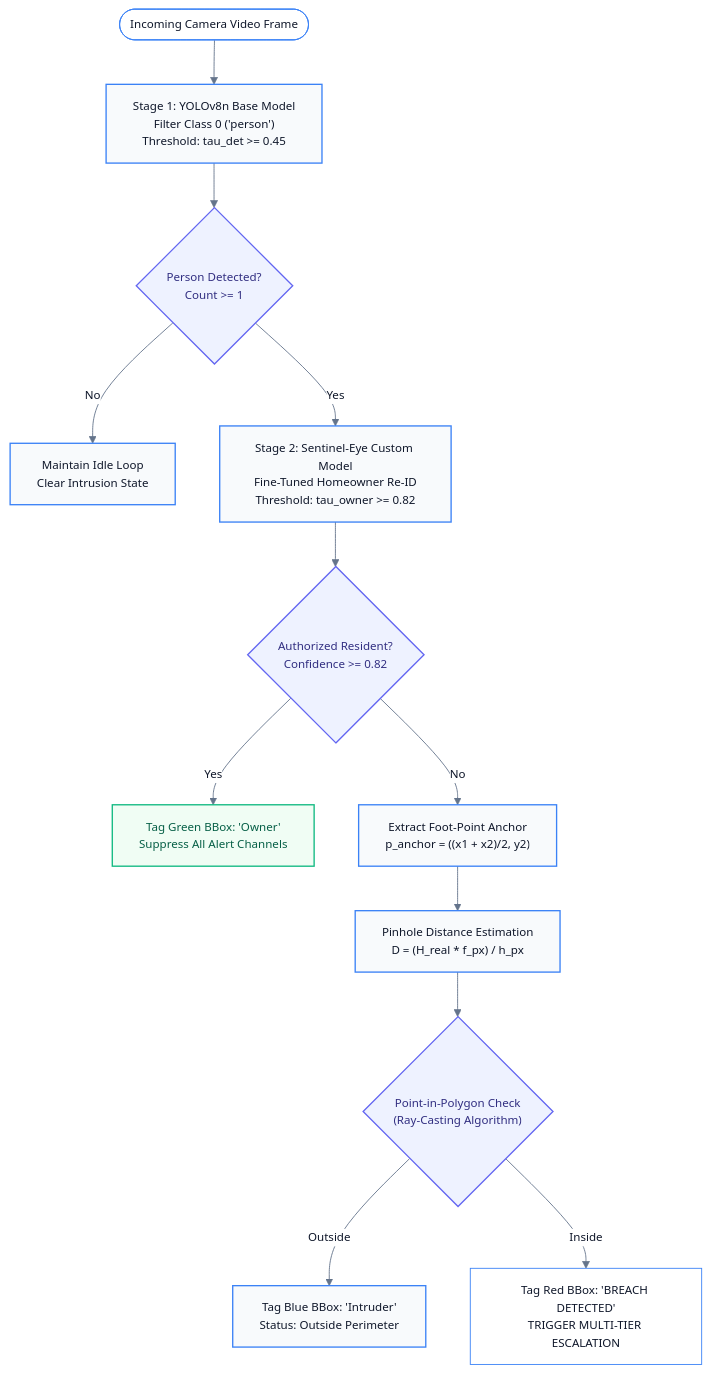
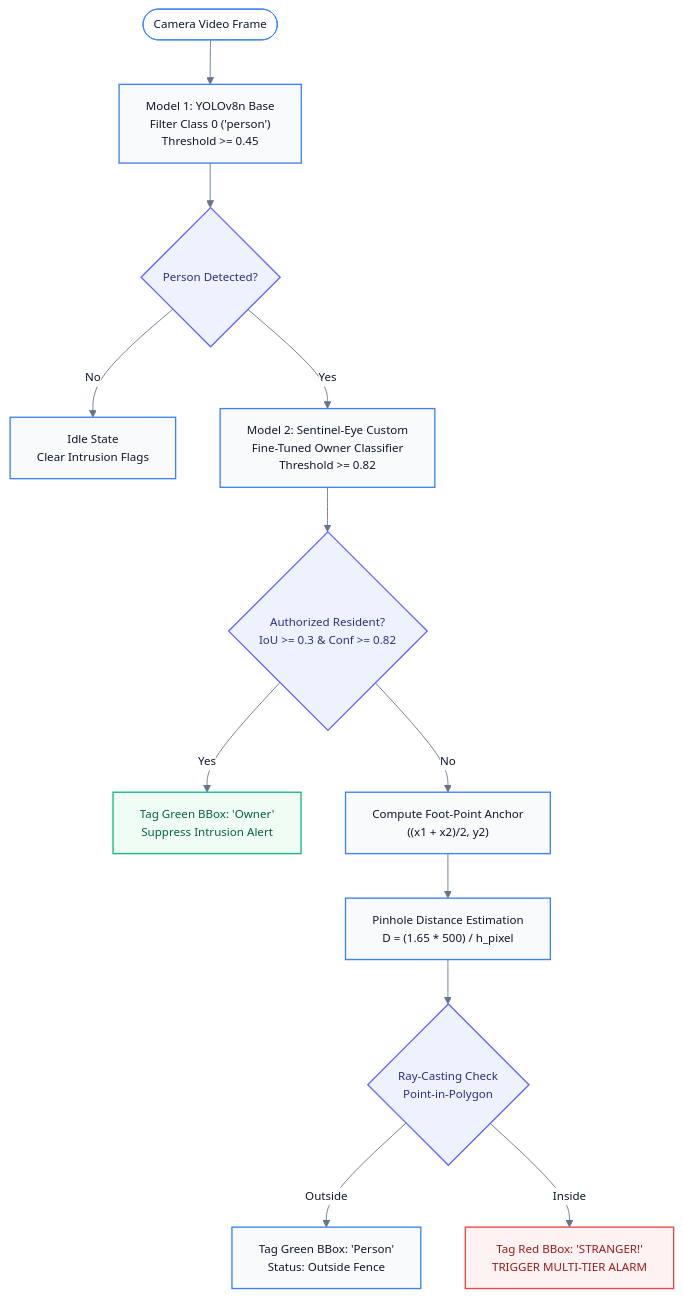
Before and after one commit to Cheesenoice/IoT-EdgeAI-Intrusion-Detection: the second of 2 diagrams in README.md, drawn with Mermaid. The commit also changed other lines of this file, not shown here.

````diff
--- a/README.md
+++ b/README.md
@@ -254,42 +223,43 @@
 ```mermaid
 %%{init: {
   'theme': 'base',
   'themeVariables': {
     'fontFamily': 'Segoe UI, Inter, -apple-system, sans-serif',
     'fontSize': '13px',
     'primaryColor': '#ffffff',
     'primaryTextColor': '#0f172a',
     'primaryBorderColor': '#3b82f6',
     'lineColor': '#64748b',
     'edgeLabelBackground': '#ffffff',
     'clusterBkg': '#ffffff',
     'clusterBorder': '#cbd5e1',
     'mainBkg': '#ffffff'
   }
 }}%%
 flowchart TD
-    FrameInput(["Incoming Camera Video Frame"]) --> YOLODetect["Stage 1: YOLOv8n Base Model<br/>Filter Class 0 ('person')<br/>Threshold: tau_det >= 0.45"]
+    FrameInput(["Camera Video Frame"]) --> YOLODetect["Model 1: YOLOv8n Base<br/>Filter Class 0 ('person')<br/>Threshold >= 0.45"]
     
-    YOLODetect --> HasPerson{"Person Detected?<br/>Count >= 1"}
-    HasPerson -- "No" --> IdleState["Maintain Idle Loop<br/>Clear Intrusion State"]
-    HasPerson -- "Yes" --> OwnerReID["Stage 2: Sentinel-Eye Custom Model<br/>Fine-Tuned Homeowner Re-ID<br/>Threshold: tau_owner >= 0.82"]
+    YOLODetect --> HasPerson{"Person Detected?"}
+    HasPerson -- "No" --> IdleState["Idle State<br/>Clear Intrusion Flags"]
+    HasPerson -- "Yes" --> OwnerReID["Model 2: Sentinel-Eye Custom<br/>Fine-Tuned Owner Classifier<br/>Threshold >= 0.82"]
     
-    OwnerReID --> IsOwner{"Authorized Resident?<br/>Confidence >= 0.82"}
-    IsOwner -- "Yes" --> FlagAuthorized["Tag Green BBox: 'Owner'<br/>Suppress All Alert Channels"]
-    IsOwner -- "No" --> CalcFoot["Extract Foot-Point Anchor<br/>p_anchor = ((x1 + x2)/2, y2)"]
+    OwnerReID --> IsOwner{"Authorized Resident?<br/>IoU >= 0.3 & Conf >= 0.82"}
+    IsOwner -- "Yes" --> FlagAuthorized["Tag Green BBox: 'Owner'<br/>Suppress Intrusion Alert"]
+    IsOwner -- "No" --> CalcFoot["Compute Foot-Point Anchor<br/>((x1 + x2)/2, y2)"]
     
-    CalcFoot --> CalcDist["Pinhole Distance Estimation<br/>D = (H_real * f_px) / h_px"]
-    CalcDist --> RayCastCheck{"Point-in-Polygon Check<br/>(Ray-Casting Algorithm)"}
+    CalcFoot --> CalcDist["Pinhole Distance Estimation<br/>D = (1.65 * 500) / h_pixel"]
+    CalcDist --> RayCastCheck{"Ray-Casting Check<br/>Point-in-Polygon"}
     
-    RayCastCheck -- "Outside" --> TrackTrajectory["Tag Blue BBox: 'Intruder'<br/>Status: Outside Perimeter"]
-    RayCastCheck -- "Inside" --> TriggerAlert["Tag Red BBox: 'BREACH DETECTED'<br/>TRIGGER MULTI-TIER ESCALATION"]
+    RayCastCheck -- "Outside" --> TrackSafe["Tag Green BBox: 'Person'<br/>Status: Outside Fence"]
+    RayCastCheck -- "Inside" --> TriggerAlert["Tag Red BBox: 'STRANGER!'<br/>TRIGGER MULTI-TIER ALARM"]
 
     classDef process fill:#f8fafc,stroke:#3b82f6,stroke-width:1.5px,color:#0f172a;
     classDef decision fill:#eef2ff,stroke:#6366f1,stroke-width:1.5px,color:#312e81;
     classDef safe fill:#f0fdf4,stroke:#10b981,stroke-width:1.5px,color:#065f46;
     classDef breach fill:#fef2f2,stroke:#ef4444,stroke-width:1.5px,color:#991b1b;
 
-    class YOLODetect,OwnerReID,CalcFoot,CalcDist,IdleState,TrackTrajectory process;
+    class YOLODetect,OwnerReID,CalcFoot,CalcDist,IdleState,TrackSafe process;
     class HasPerson,IsOwner,RayCastCheck decision;
     class FlagAuthorized safe;
+    class TriggerAlert breach;
 ```
````
